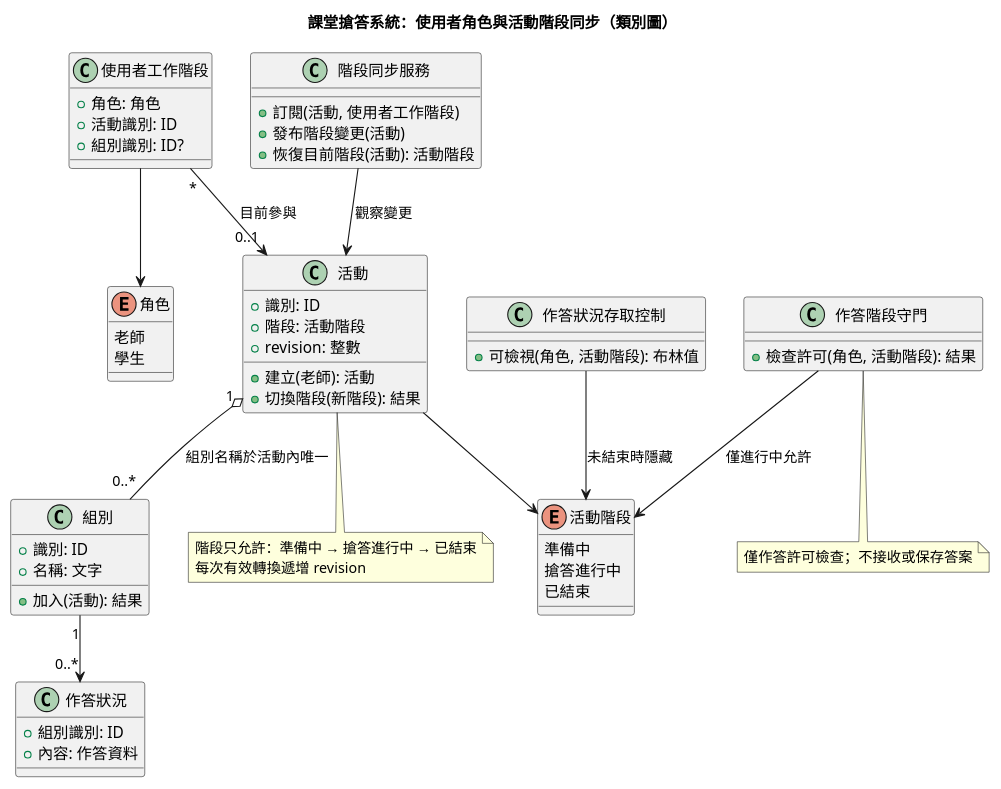
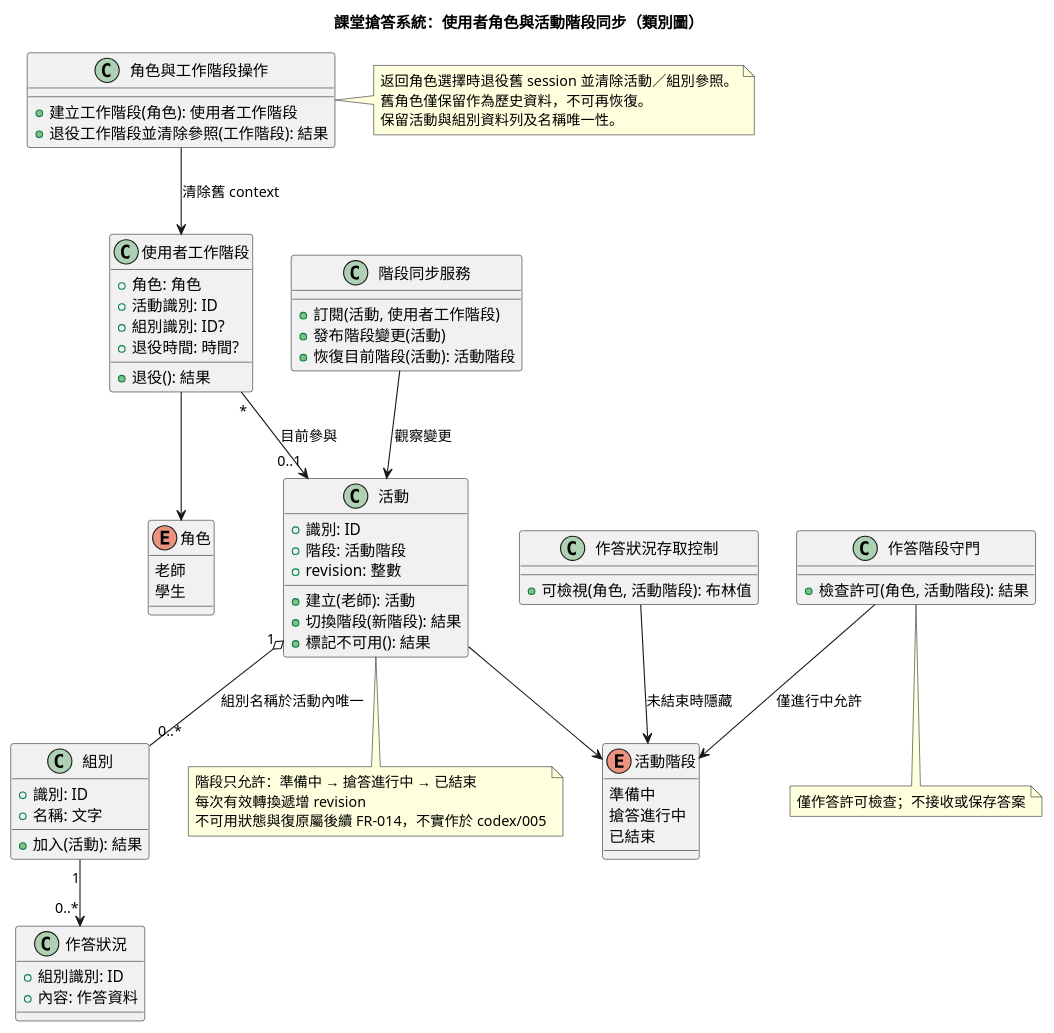
The diagram in diagrams/001-user-stage-sync-class.puml (aumaric736/quiz-buzzer), drawn with PlantUML before and after one commit. The commit also changed 40 other files, not shown here.

```diff
--- a/diagrams/001-user-stage-sync-class.puml
+++ b/diagrams/001-user-stage-sync-class.puml
@@ -1,60 +1,74 @@
 @startuml
 title 課堂搶答系統：使用者角色與活動階段同步（類別圖）
 enum 角色 {
   老師
   學生
 }
 enum 活動階段 {
   準備中
   搶答進行中
   已結束
 }
 class 使用者工作階段 {
   +角色: 角色
   +活動識別: ID
   +組別識別: ID?
+  +退役時間: 時間?
+  +退役(): 結果
 }
 class 活動 {
   +識別: ID
   +階段: 活動階段
   +revision: 整數
   +建立(老師): 活動
   +切換階段(新階段): 結果
+  +標記不可用(): 結果
 }
 class 組別 {
   +識別: ID
   +名稱: 文字
   +加入(活動): 結果
 }
 class 作答狀況 {
   +組別識別: ID
   +內容: 作答資料
 }
 class 階段同步服務 {
   +訂閱(活動, 使用者工作階段)
   +發布階段變更(活動)
   +恢復目前階段(活動): 活動階段
 }
+class 角色與工作階段操作 {
+  +建立工作階段(角色): 使用者工作階段
+  +退役工作階段並清除參照(工作階段): 結果
+}
 class 作答狀況存取控制 {
   +可檢視(角色, 活動階段): 布林值
 }
 class 作答階段守門 {
   +檢查許可(角色, 活動階段): 結果
 }
 
 使用者工作階段 --> 角色
 使用者工作階段 "*" --> "0..1" 活動 : 目前參與
 活動 "1" o-- "0..*" 組別 : 組別名稱於活動內唯一
 組別 "1" --> "0..*" 作答狀況
 活動 --> 活動階段
 階段同步服務 --> 活動 : 觀察變更
+角色與工作階段操作 --> 使用者工作階段 : 清除舊 context
 作答狀況存取控制 --> 活動階段 : 未結束時隱藏
 作答階段守門 --> 活動階段 : 僅進行中允許
 note bottom of 活動
   階段只允許：準備中 → 搶答進行中 → 已結束
   每次有效轉換遞增 revision
+  不可用狀態與復原屬後續 FR-014，不實作於 codex/005
+end note
+note right of 角色與工作階段操作
+  返回角色選擇時退役舊 session 並清除活動／組別參照。
+  舊角色僅保留作為歷史資料，不可再恢復。
+  保留活動與組別資料列及名稱唯一性。
 end note
 note bottom of 作答階段守門
   僅作答許可檢查；不接收或保存答案
 end note
 @enduml
```
